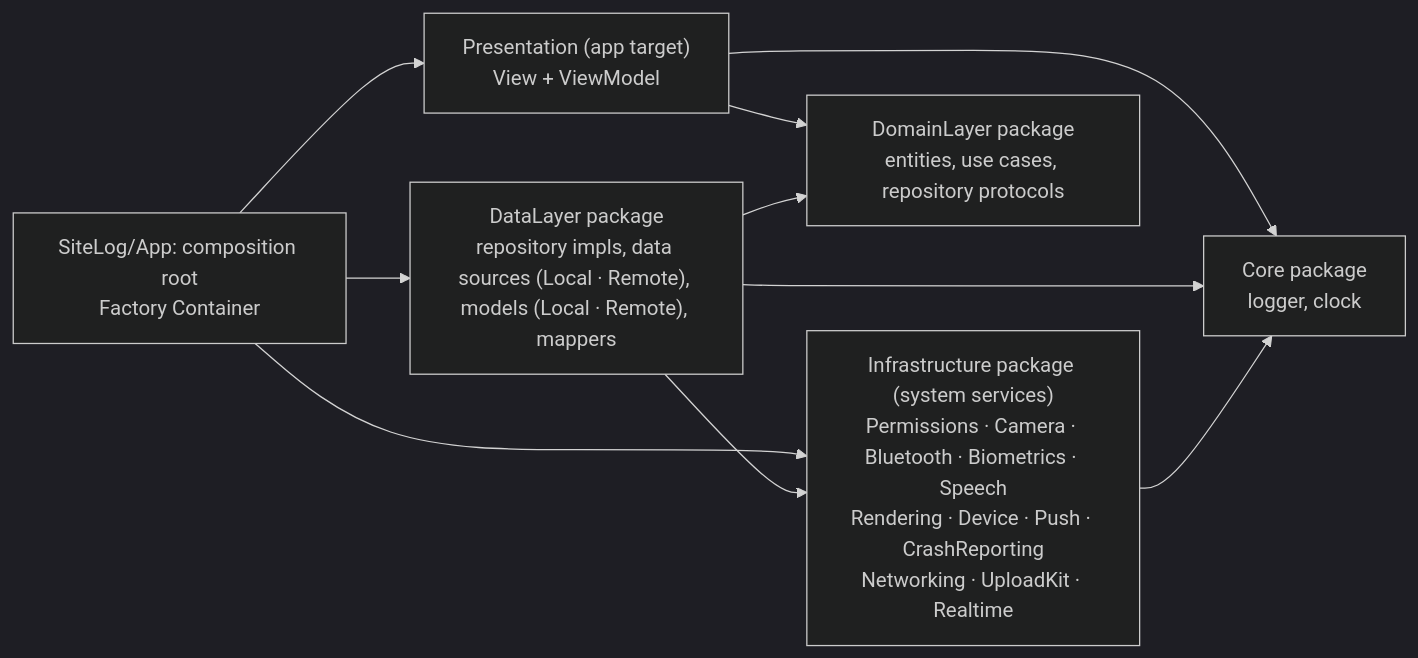
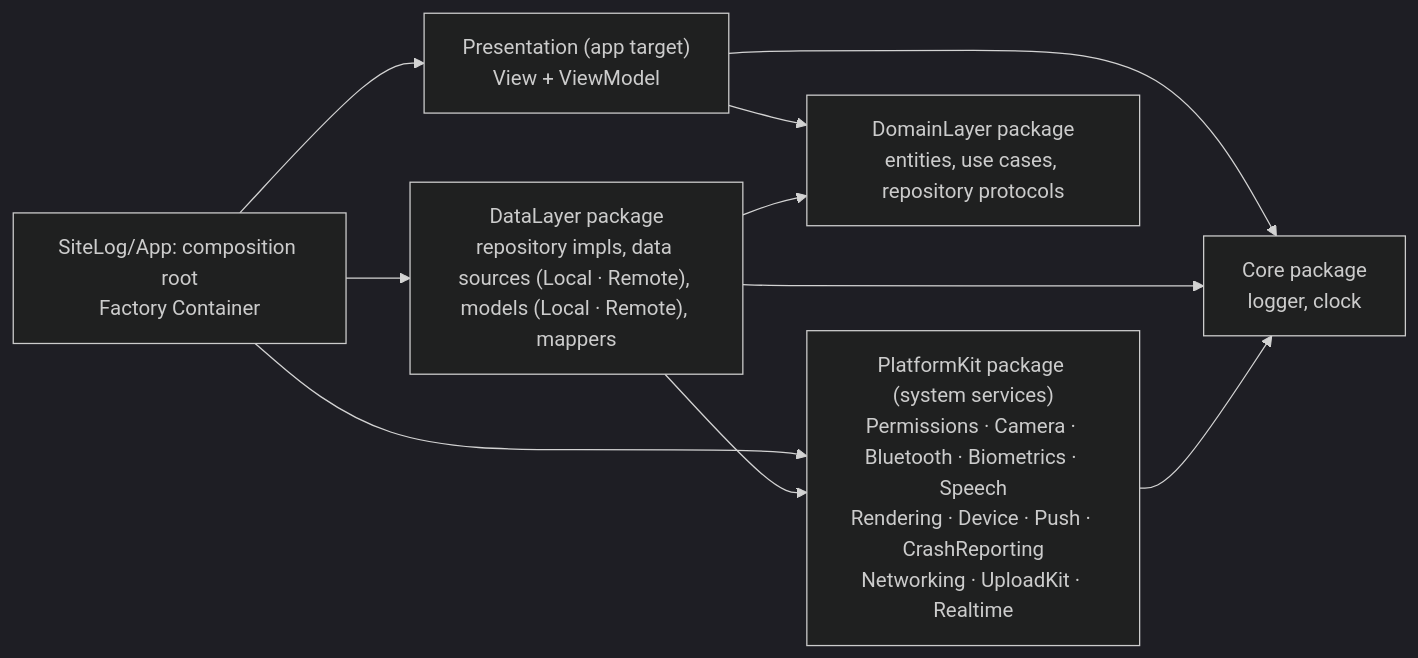
The diagram in docs/feature-docs/00-overview.md (DAMHONGDUC/site-log-ios), drawn with Mermaid (dark theme) before and after one commit. The commit also changed other lines of this file and 24 other files, not shown here.

First line of the commit message:
docs: architecture - D12-D17 decisions and init injection

````diff
--- a/docs/feature-docs/00-overview.md
+++ b/docs/feature-docs/00-overview.md
@@ -218,12 +218,12 @@
 ```mermaid
 flowchart LR
     App["SiteLog/App: composition root<br/>Factory Container"] --> P["Presentation (app target)<br/>View + ViewModel"]
     App --> Data["DataLayer package<br/>repository impls, data sources (Local · Remote), models (Local · Remote), mappers"]
     App --> I
     P --> D["DomainLayer package<br/>entities, use cases, repository protocols"]
     Data --> D
-    Data --> I["Infrastructure package (system services)<br/>Permissions · Camera · Bluetooth · Biometrics · Speech<br/>Rendering · Device · Push · CrashReporting<br/>Networking · UploadKit · Realtime"]
+    Data --> I["PlatformKit package (system services)<br/>Permissions · Camera · Bluetooth · Biometrics · Speech<br/>Rendering · Device · Push · CrashReporting<br/>Networking · UploadKit · Realtime"]
     P --> C["Core package<br/>logger, clock"]
     Data --> C
     I --> C
 ```
````
